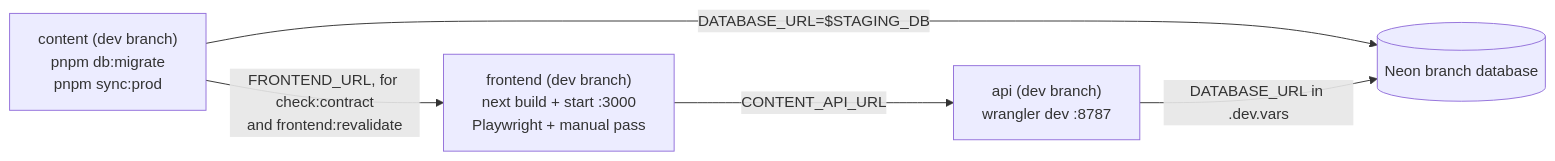
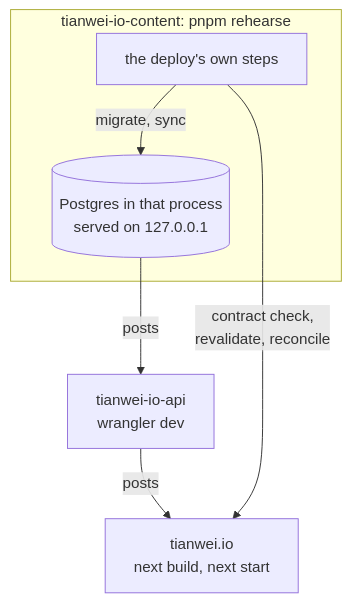
One commit to notbd/tianwei.io changed the diagram in docs/release-verification.md. Above: the diagram before and after it, drawn with Mermaid. The commit also changed other lines of this file and 5 other files, not shown here.

First line of the commit message:
docs: rehearse a release instead of staging it, rewrite for a first reader

````diff
--- a/docs/release-verification.md
+++ b/docs/release-verification.md
@@ -9,12 +9,14 @@
 ```mermaid
-flowchart LR
-  content["content (dev branch)<br/>pnpm db:migrate<br/>pnpm sync:prod"]
-  db[("Neon branch database")]
-  api["api (dev branch)<br/>wrangler dev :8787"]
-  web["frontend (dev branch)<br/>next build + start :3000<br/>Playwright + manual pass"]
+flowchart TB
+  subgraph content ["tianwei-io-content: pnpm rehearse"]
+    run["the deploy's own steps"]
+    db[("Postgres in that process<br/>served on 127.0.0.1")]
+  end
+  api["tianwei-io-api<br/>wrangler dev"]
+  web["tianwei.io<br/>next build, next start"]
 
-  content -- "DATABASE_URL=$STAGING_DB" --> db
-  api -- "DATABASE_URL in .dev.vars" --> db
-  web -- "CONTENT_API_URL" --> api
-  content -- "FRONTEND_URL, for check:contract<br/>and frontend:revalidate" --> web
+  run -- "migrate, sync" --> db
+  db -- "posts" --> api
+  api -- "posts" --> web
+  run -- "contract check,<br/>revalidate, reconcile" --> web
 ```
````
